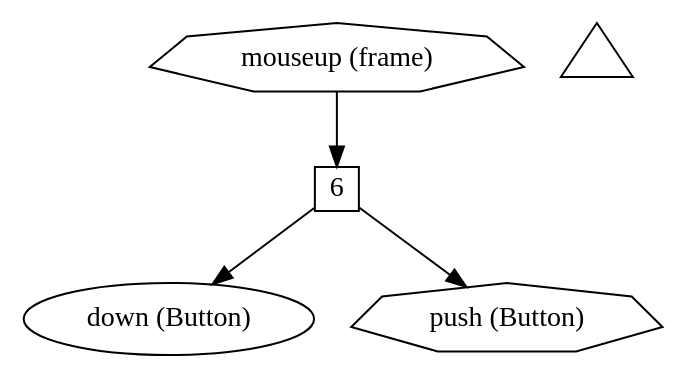
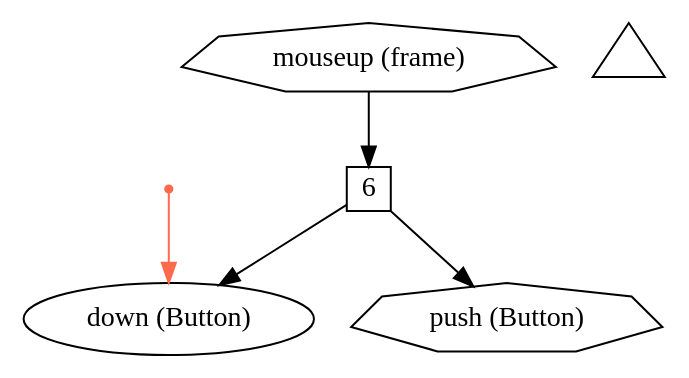
Before and after one commit to bendr/bender: the diagram in spec/fig/graph-watch-6.gv, drawn with Graphviz. The commit also changed 12 other files, not shown here.

```diff
--- a/spec/fig/graph-watch-6.gv
+++ b/spec/fig/graph-watch-6.gv
@@ -1,15 +1,18 @@
 digraph bender {
   node [fontname="Avenir Next"];
   edge [fontname="Avenir Next"];
 
   mouseup [label="mouseup (frame)", shape=septagon];
   down [label="down (Button)"];
   pushed [label="push (Button)", shape=septagon];
   w6 [label="6", shape=square, fixedsize=true, width=0.3];
   mouseup -> w6;
   w6 -> down;
   w6 -> pushed;
 
+  init_down [shape=point, label="", color="#ff6a4d"]
+  init_down -> down [color="#ff6a4d"];
+
   t [label="", shape=triangle, fixedsize=true, width=0.5];
 
 }
```
